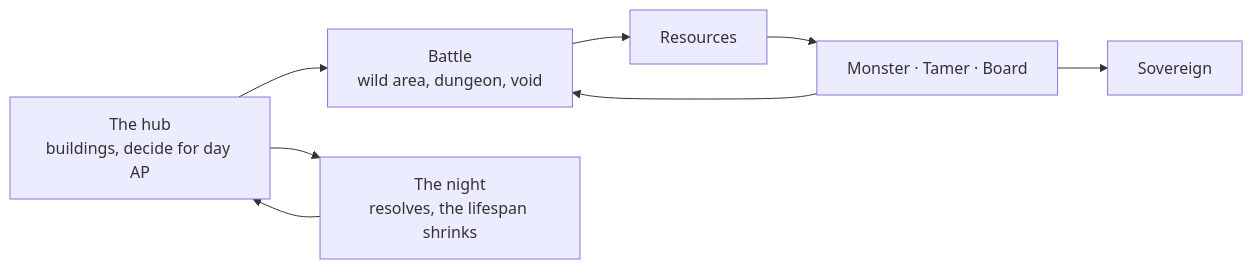
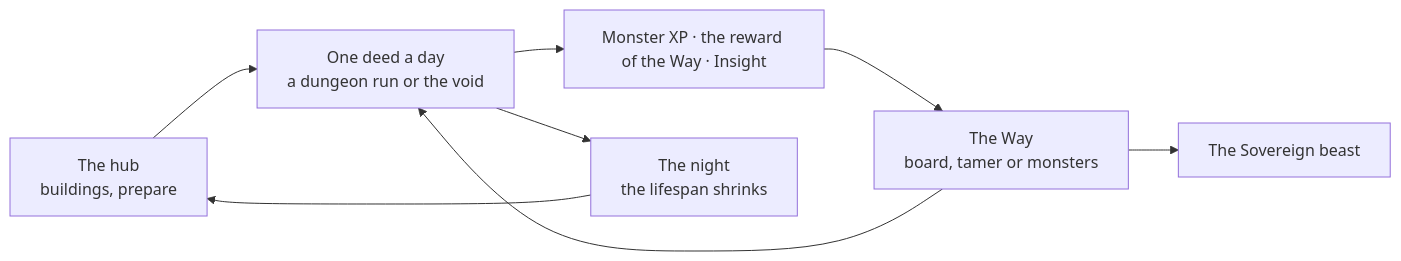
Before and after one commit to papierkorp/road_of_the_beasts: the first of 2 diagrams in docs/vision.md, drawn with Mermaid. The commit also changed other lines of this file and 16 other files, not shown here.

Commit message:
docs: the frame reworked: three Ways that shut each other out, a day is one dungeon run or one attack on the void, no wild area, weapons or bloodlines; board rules of 2026-11-22, S046, the look

````diff
--- a/docs/vision.md
+++ b/docs/vision.md
@@ -13,10 +13,10 @@
 ```mermaid
 flowchart LR
-    Hub["The hub<br/>buildings, decide for day AP"] --> Battle["Battle<br/>wild area, dungeon, void"]
-    Battle --> Res["Resources"]
-    Res --> Pillars["Monster · Tamer · Board"]
-    Pillars --> Battle
-    Hub --> Night["The night<br/>resolves, the lifespan shrinks"]
+    Hub["The hub<br/>buildings, prepare"] --> Battle["One deed a day<br/>a dungeon run or the void"]
+    Battle --> Res["Monster XP · the reward of the Way · Insight"]
+    Res --> Way["The Way<br/>board, tamer or monsters"]
+    Way --> Battle
+    Battle --> Night["The night<br/>the lifespan shrinks"]
     Night --> Hub
-    Pillars --> End["Sovereign"]
+    Way --> End["The Sovereign beast"]
 ```
````
